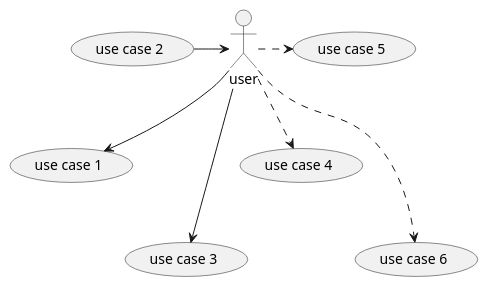
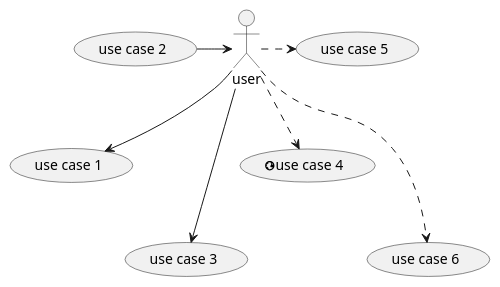
Before and after one commit to yasenstar/PlantUML_in_Action: the diagram in 02_usecase_diagram/02.10-02.18/02_10-1.puml, drawn with PlantUML. The commit also changed 2 other files, not shown here.

```diff
--- a/02_usecase_diagram/02.10-02.18/02_10-1.puml
+++ b/02_usecase_diagram/02.10-02.18/02_10-1.puml
@@ -1,10 +1,10 @@
 @startuml
 ' left to right direction
 :user: --> (use case 1)
 (use case 2) -> :user: 
 :user: ---> (use case 3)
 
-:user: ..> (use case 4)
+:user: ..> (<&globe>use case 4)
 :user: .> (use case 5)
 :user: ...> (use case 6)
 @enduml
```
